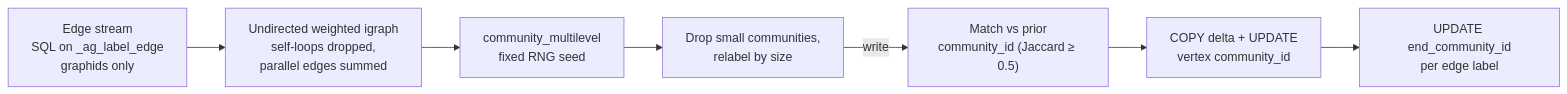
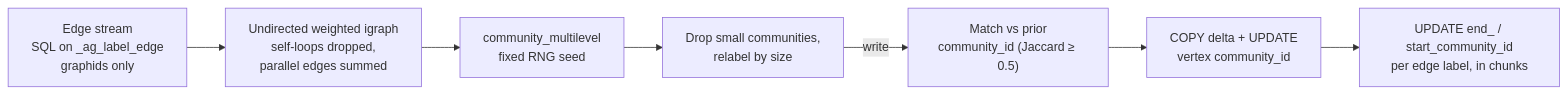
Before and after one commit to pomentum/graphos: the third of 3 diagrams in docs/concept.md, drawn with Mermaid. The commit also changed other lines of this file and 11 other files, not shown here.

````diff
--- a/docs/concept.md
+++ b/docs/concept.md
@@ -1150,11 +1158,11 @@
 ```mermaid
 flowchart LR
     A["Edge stream<br/>SQL on _ag_label_edge<br/>graphids only"]
     B["Undirected weighted igraph<br/>self-loops dropped,<br/>parallel edges summed"]
     C["community_multilevel<br/>fixed RNG seed"]
     D["Drop small communities,<br/>relabel by size"]
     E["Match vs prior<br/>community_id (Jaccard ≥ 0.5)"]
     F["COPY delta + UPDATE<br/>vertex community_id"]
-    G["UPDATE end_community_id<br/>per edge label"]
+    G["UPDATE end_ / start_community_id<br/>per edge label, in chunks"]
     A --> B --> C --> D -->|"write"| E --> F --> G
 ```
````
